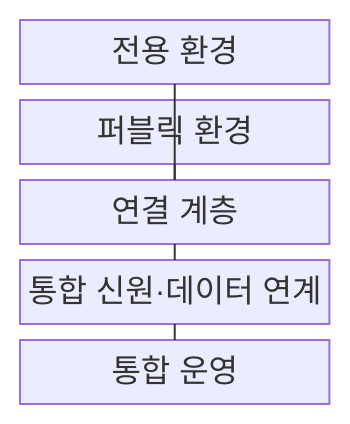
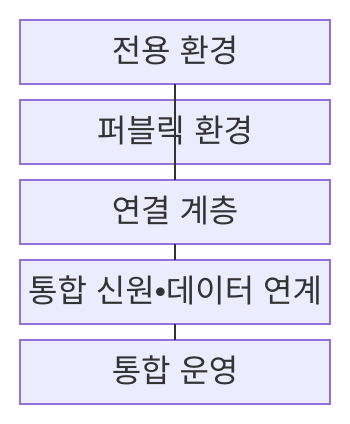
One commit to agnusdei1207/knowledge-base changed the first of 2 diagrams in src/content/docs/notes/03-software/144_hybrid_cloud.md. Above: the diagram before and after it, drawn with Mermaid. The commit also changed other lines of this file and 953 other files, not shown here.

````diff
--- a/src/content/docs/notes/03-software/144_hybrid_cloud.md
+++ b/src/content/docs/notes/03-software/144_hybrid_cloud.md
@@ -70,13 +70,13 @@
 ```mermaid
 block
     columns 1
     A["전용 환경"]
     B["퍼블릭 환경"]
     C["연결 계층"]
-    D["통합 신원·데이터 연계"]
+    D["통합 신원•데이터 연계"]
     E["통합 운영"]
     A --- C
     B --- C
     C --- D
     D --- E
 ```
````
